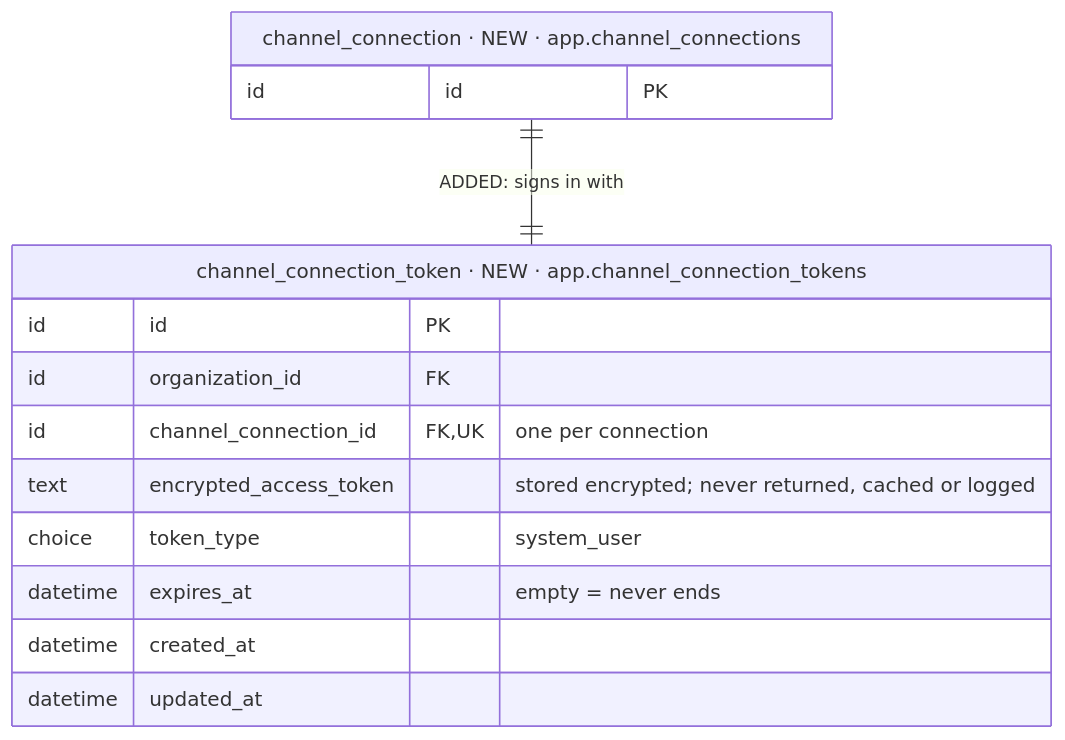
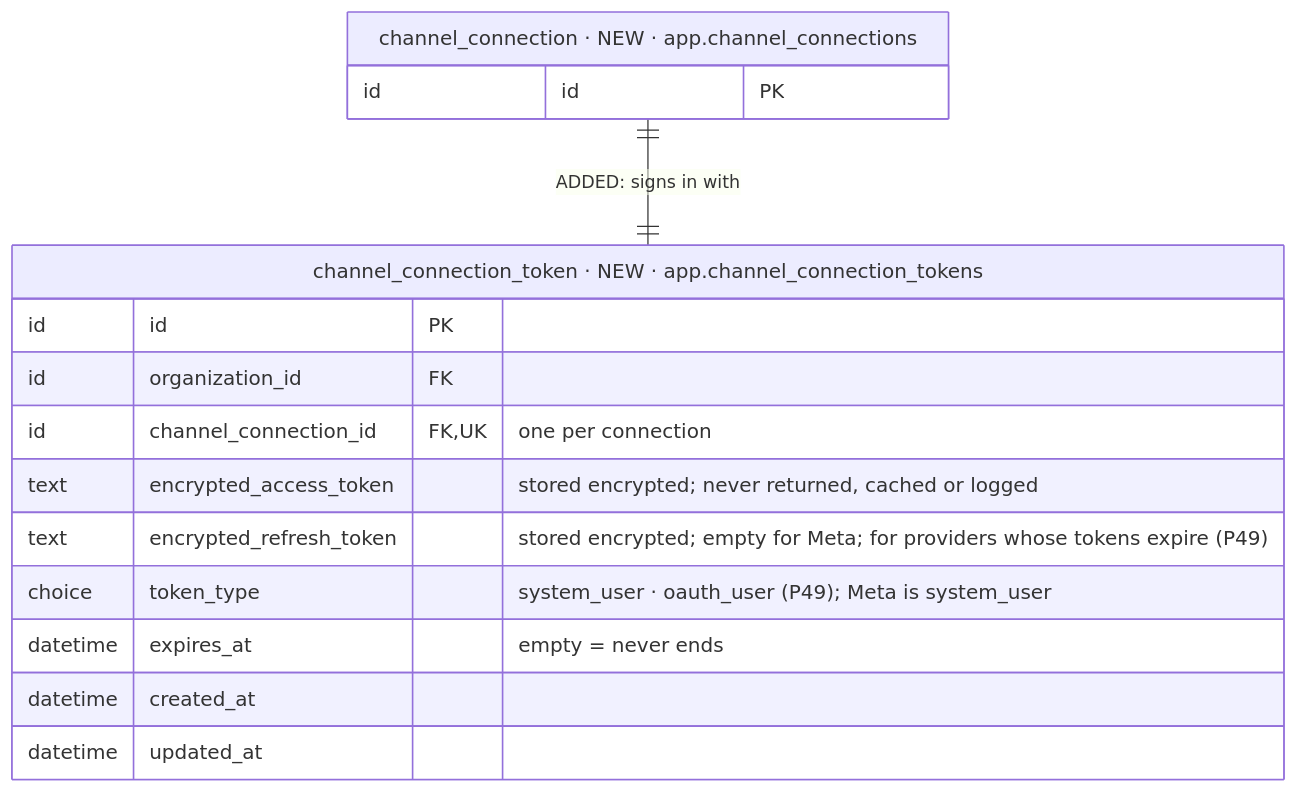
One commit to albetrios/meepzo-be changed the third of 40 diagrams in iterations/feat-instagram-dm-sending-2026-11-23-oxak/plans/db-changes.md. Above: the diagram before and after it, drawn with Mermaid. The commit also changed other lines of this file and 2 other files, not shown here.

````diff
--- a/iterations/feat-instagram-dm-sending-2026-11-23-oxak/plans/db-changes.md
+++ b/iterations/feat-instagram-dm-sending-2026-11-23-oxak/plans/db-changes.md
@@ -277,17 +305,18 @@
 ```mermaid
 erDiagram
   channel_connection_token["channel_connection_token · NEW · app.channel_connection_tokens"] {
     id id PK
     id organization_id FK
     id channel_connection_id FK, UK "one per connection"
     text encrypted_access_token "stored encrypted; never returned, cached or logged"
-    choice token_type "system_user"
+    text encrypted_refresh_token "stored encrypted; empty for Meta; for providers whose tokens expire (P49)"
+    choice token_type "system_user · oauth_user (P49); Meta is system_user"
     datetime expires_at "empty = never ends"
     datetime created_at
     datetime updated_at
   }
   channel_connection["channel_connection · NEW · app.channel_connections"] {
     id id PK
   }
   channel_connection ||--|| channel_connection_token : "ADDED: signs in with"
 ```
````
